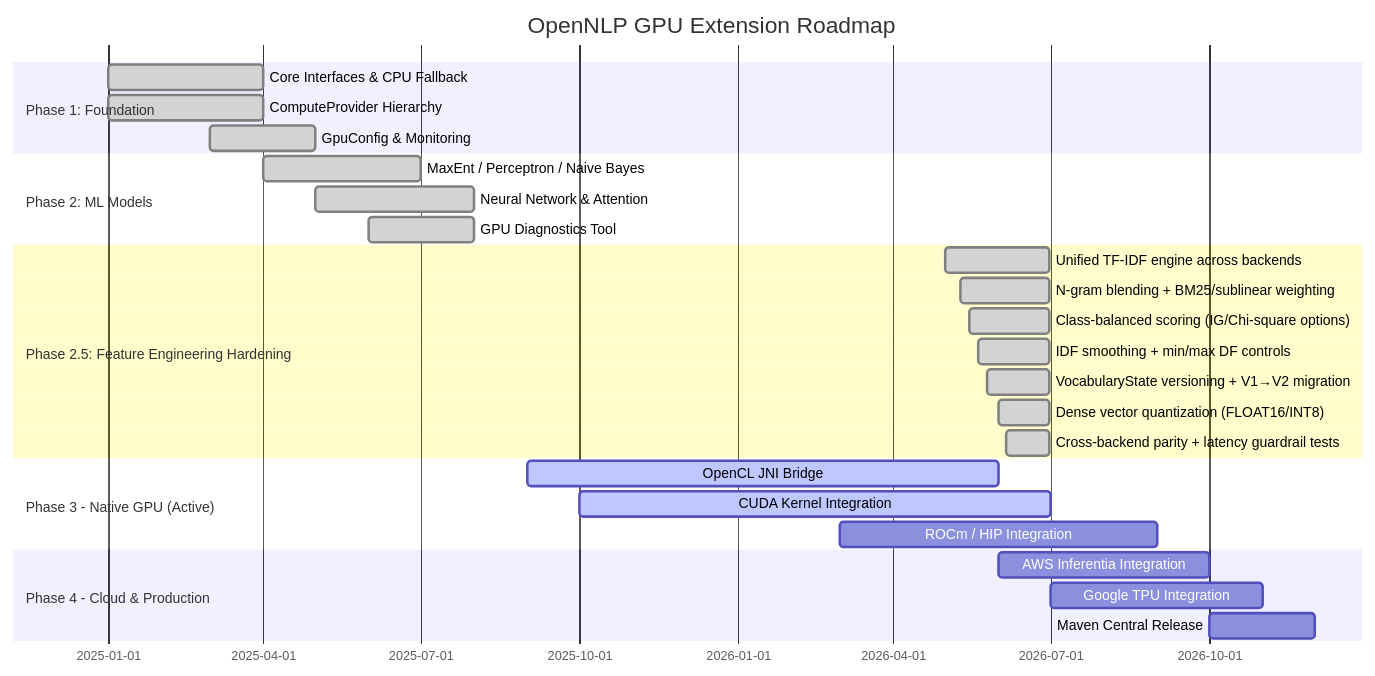
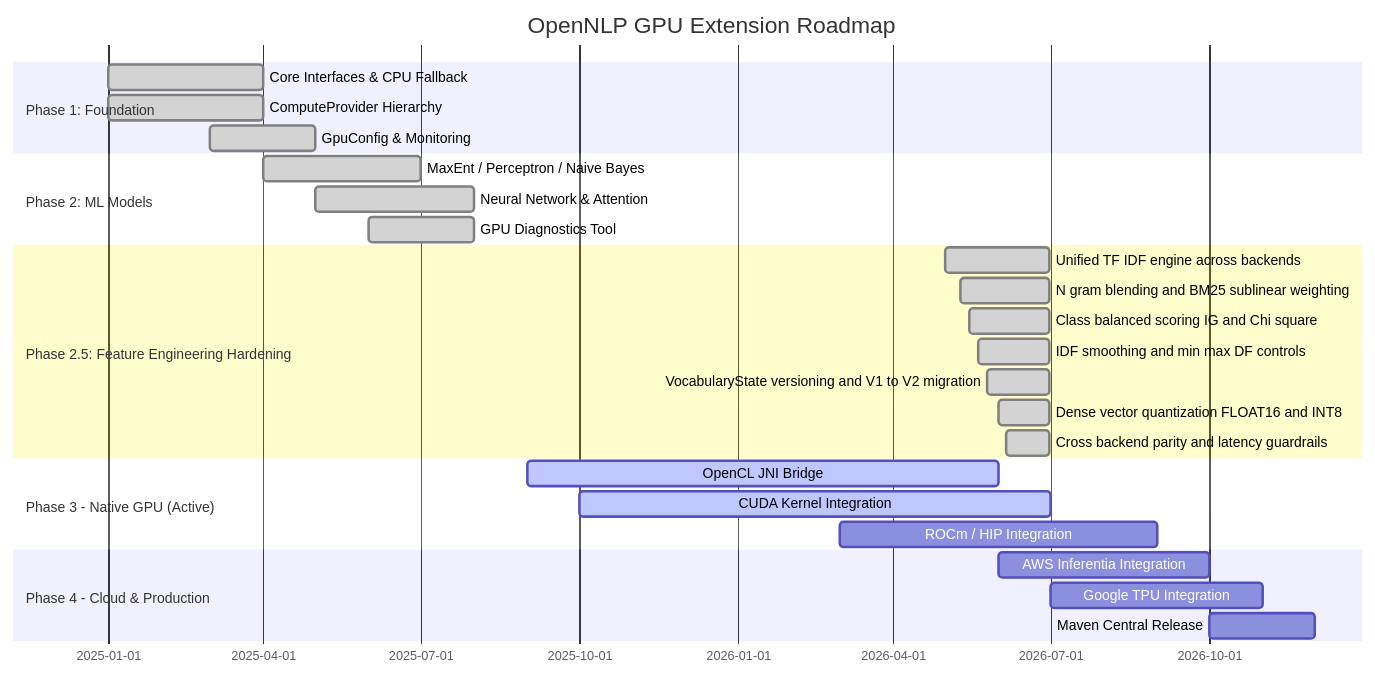
The fourth of 5 diagrams in README.md (hkevin01/opennlp-gpu), drawn with Mermaid before and after one commit. The commit also changed other lines of this file, not shown here.

Commit message:
fix: update sequence and Gantt diagram labels for consistency and clarity

````diff
--- a/README.md
+++ b/README.md
@@ -704,29 +704,29 @@
 ```mermaid
 gantt
     title OpenNLP GPU Extension Roadmap
     dateFormat  YYYY-MM-DD
     section Phase 1: Foundation
         Core Interfaces & CPU Fallback     :done,    p1a, 2025-01-01, 2025-04-01
         ComputeProvider Hierarchy          :done,    p1b, 2025-01-01, 2025-04-01
         GpuConfig & Monitoring             :done,    p1c, 2025-03-01, 2025-05-01
     section Phase 2: ML Models
         MaxEnt / Perceptron / Naive Bayes  :done,    p2a, 2025-04-01, 2025-07-01
         Neural Network & Attention         :done,    p2b, 2025-05-01, 2025-08-01
         GPU Diagnostics Tool               :done,    p2c, 2025-06-01, 2025-08-01
     section Phase 2.5: Feature Engineering Hardening
-        Unified TF-IDF engine across backends            :done, p25a, 2026-05-01, 2026-06-30
-        N-gram blending + BM25/sublinear weighting       :done, p25b, 2026-05-10, 2026-06-30
-        Class-balanced scoring (IG/Chi-square options)   :done, p25c, 2026-05-15, 2026-06-30
-        IDF smoothing + min/max DF controls              :done, p25d, 2026-05-20, 2026-06-30
-        VocabularyState versioning + V1→V2 migration     :done, p25e, 2026-05-25, 2026-06-30
-        Dense vector quantization (FLOAT16/INT8)         :done, p25f, 2026-06-01, 2026-06-30
-        Cross-backend parity + latency guardrail tests   :done, p25g, 2026-06-05, 2026-06-30
+        Unified TF IDF engine across backends            :done, p25a, 2026-05-01, 2026-06-30
+        N gram blending and BM25 sublinear weighting     :done, p25b, 2026-05-10, 2026-06-30
+        Class balanced scoring IG and Chi square          :done, p25c, 2026-05-15, 2026-06-30
+        IDF smoothing and min max DF controls             :done, p25d, 2026-05-20, 2026-06-30
+        VocabularyState versioning and V1 to V2 migration :done, p25e, 2026-05-25, 2026-06-30
+        Dense vector quantization FLOAT16 and INT8        :done, p25f, 2026-06-01, 2026-06-30
+        Cross backend parity and latency guardrails       :done, p25g, 2026-06-05, 2026-06-30
     section Phase 3 - Native GPU (Active)
         OpenCL JNI Bridge                  :active,  p3a, 2025-09-01, 2026-06-01
         CUDA Kernel Integration            :active,  p3b, 2025-10-01, 2026-07-01
         ROCm / HIP Integration             :         p3c, 2026-03-01, 2026-09-01
     section Phase 4 - Cloud & Production
         AWS Inferentia Integration         :         p4a, 2026-06-01, 2026-10-01
         Google TPU Integration             :         p4b, 2026-07-01, 2026-11-01
         Maven Central Release              :         p4c, 2026-10-01, 2026-12-01
 ```
````
